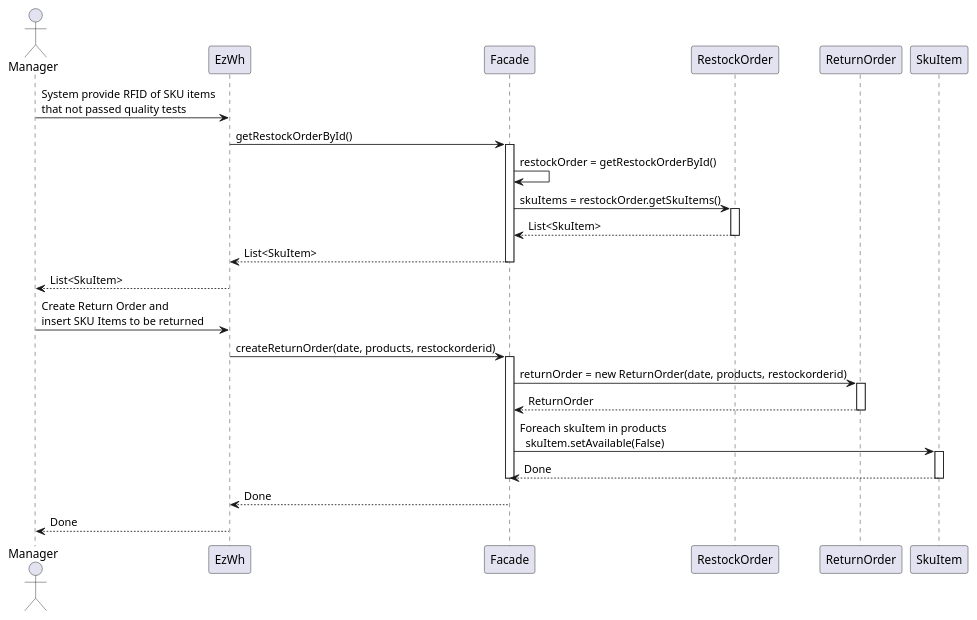
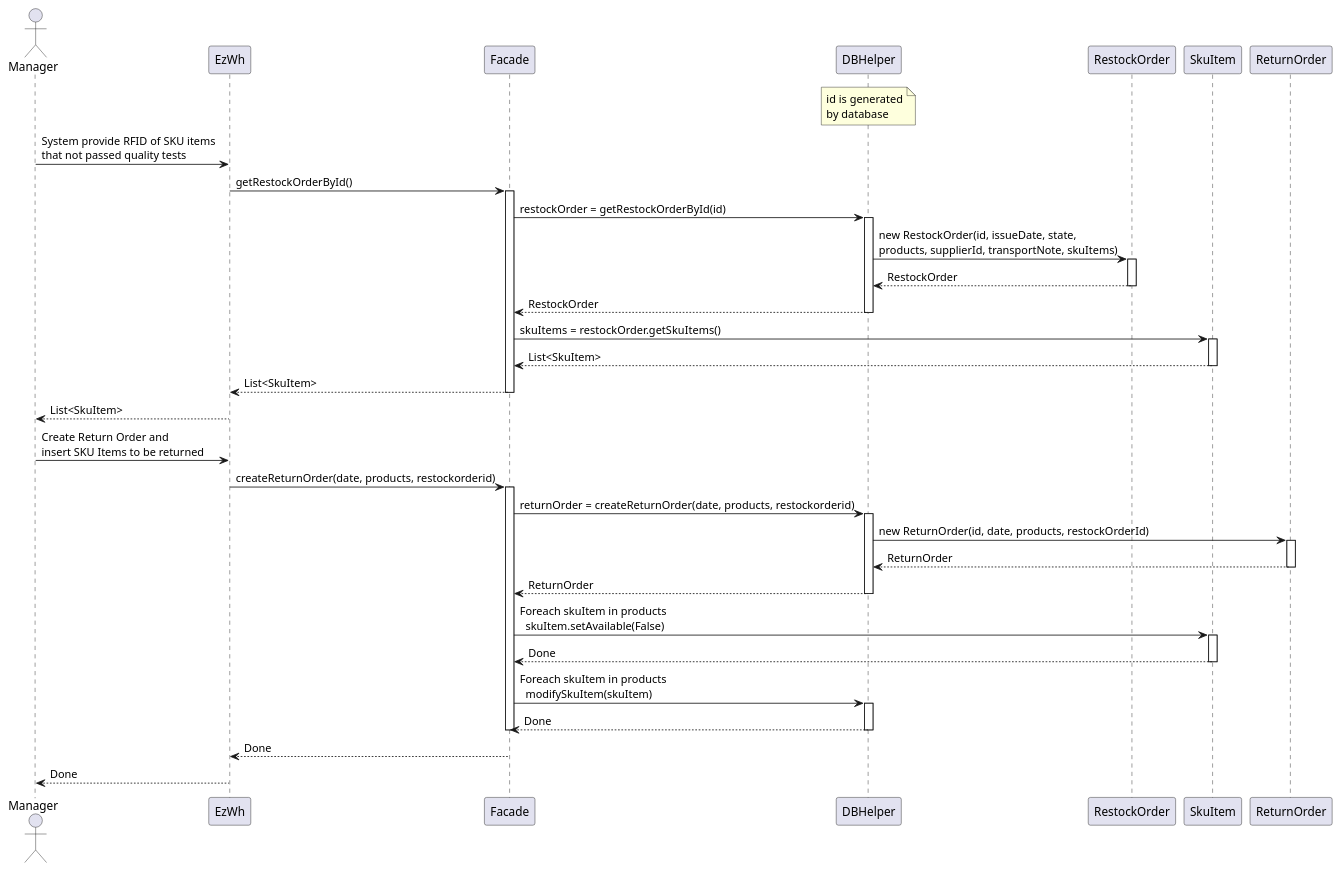
One commit to giuseppe-dandrea/EzWh changed the ninth of 13 diagrams in DesignDocument.md. Above: the diagram before and after it, drawn with PlantUML. The commit also changed other lines of this file, not shown here.

````diff
--- a/DesignDocument.md
+++ b/DesignDocument.md
@@ -725,35 +697,53 @@
 ```plantuml
 actor Manager
 participant EzWh
 participant Facade
+participant DBHelper
+note over DBHelper: id is generated\nby database
 participant RestockOrder
+participant SkuItem
 participant ReturnOrder
-participant SkuItem
+
 
 Manager -> EzWh: System provide RFID of SKU items\nthat not passed quality tests
 EzWh -> Facade: getRestockOrderById()
 activate Facade
-Facade -> Facade: restockOrder = getRestockOrderById()
-Facade -> RestockOrder: skuItems = restockOrder.getSkuItems()
+Facade -> DBHelper: restockOrder = getRestockOrderById(id)
+activate DBHelper
+DBHelper -> RestockOrder: new RestockOrder(id, issueDate, state,\nproducts, supplierId, transportNote, skuItems)
 activate RestockOrder
-RestockOrder --> Facade: List<SkuItem>
-deactivate RestockOrder
+RestockOrder --> DBHelper: RestockOrder
+Deactivate RestockOrder
+DBHelper --> Facade: RestockOrder
+deactivate DBHelper
+Facade -> SkuItem: skuItems = restockOrder.getSkuItems()
+activate SkuItem
+SkuItem --> Facade: List<SkuItem>
+deactivate SkuItem
 Facade --> EzWh: List<SkuItem>
 deactivate Facade
 EzWh --> Manager: List<SkuItem>
 
 Manager -> EzWh: Create Return Order and\ninsert SKU Items to be returned
 EzWh -> Facade: createReturnOrder(date, products, restockorderid)
 activate Facade
-Facade -> ReturnOrder: returnOrder = new ReturnOrder(date, products, restockorderid)
+Facade -> DBHelper: returnOrder = createReturnOrder(date, products, restockorderid)
+activate DBHelper
+DBHelper -> ReturnOrder: new ReturnOrder(id, date, products, restockOrderId)
 activate ReturnOrder
-ReturnOrder --> Facade: ReturnOrder
-deactivate ReturnOrder
+ReturnOrder --> DBHelper: ReturnOrder
+Deactivate ReturnOrder
+DBHelper --> Facade: ReturnOrder
+deactivate DBHelper
 Facade -> SkuItem: Foreach skuItem in products\n  skuItem.setAvailable(False)
 activate SkuItem
 SkuItem --> Facade: Done
 Deactivate SkuItem
+Facade -> DBHelper: Foreach skuItem in products\n  modifySkuItem(skuItem)
+activate DBHelper
+DBHelper --> Facade: Done
+Deactivate DBHelper
 deactivate Facade
 Facade --> EzWh: Done
 EzWh --> Manager: Done
 ```
````
